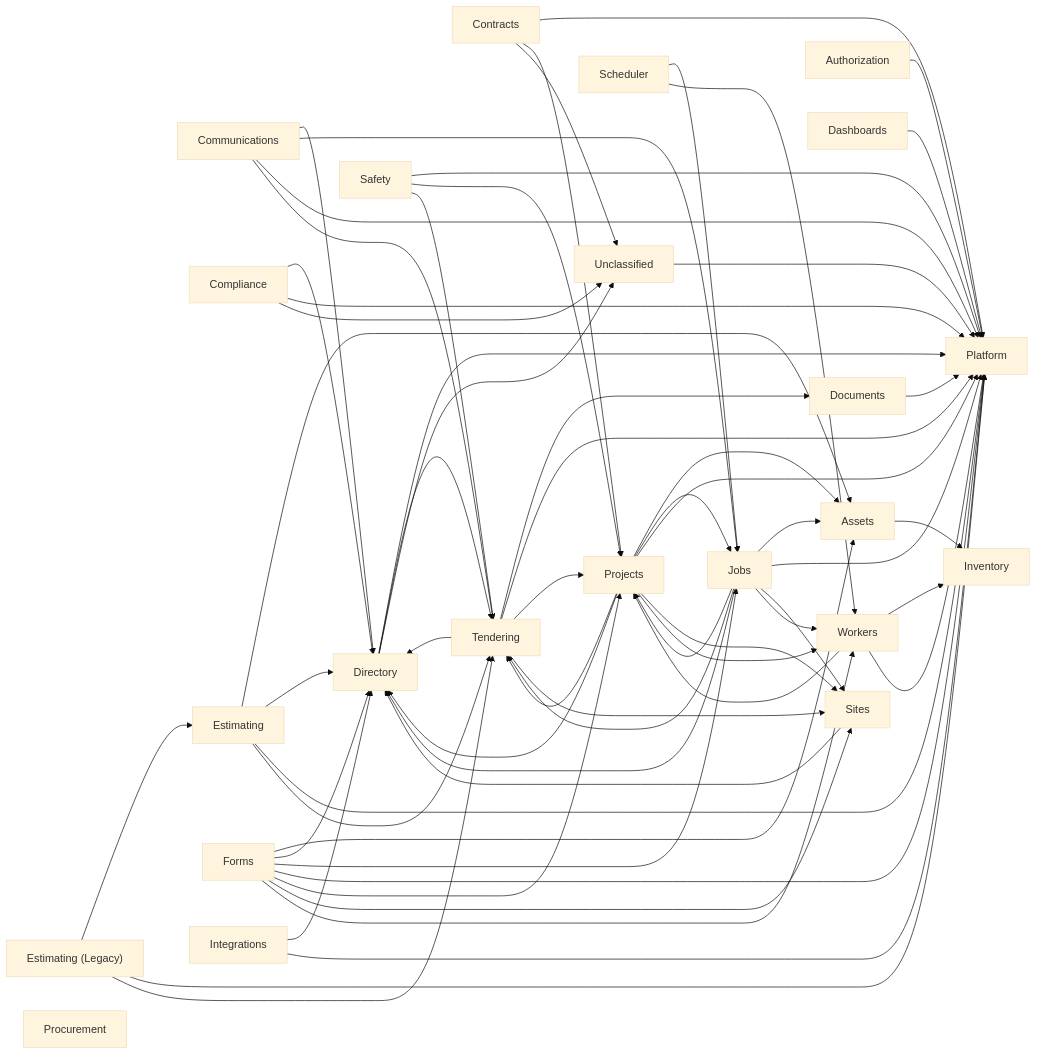
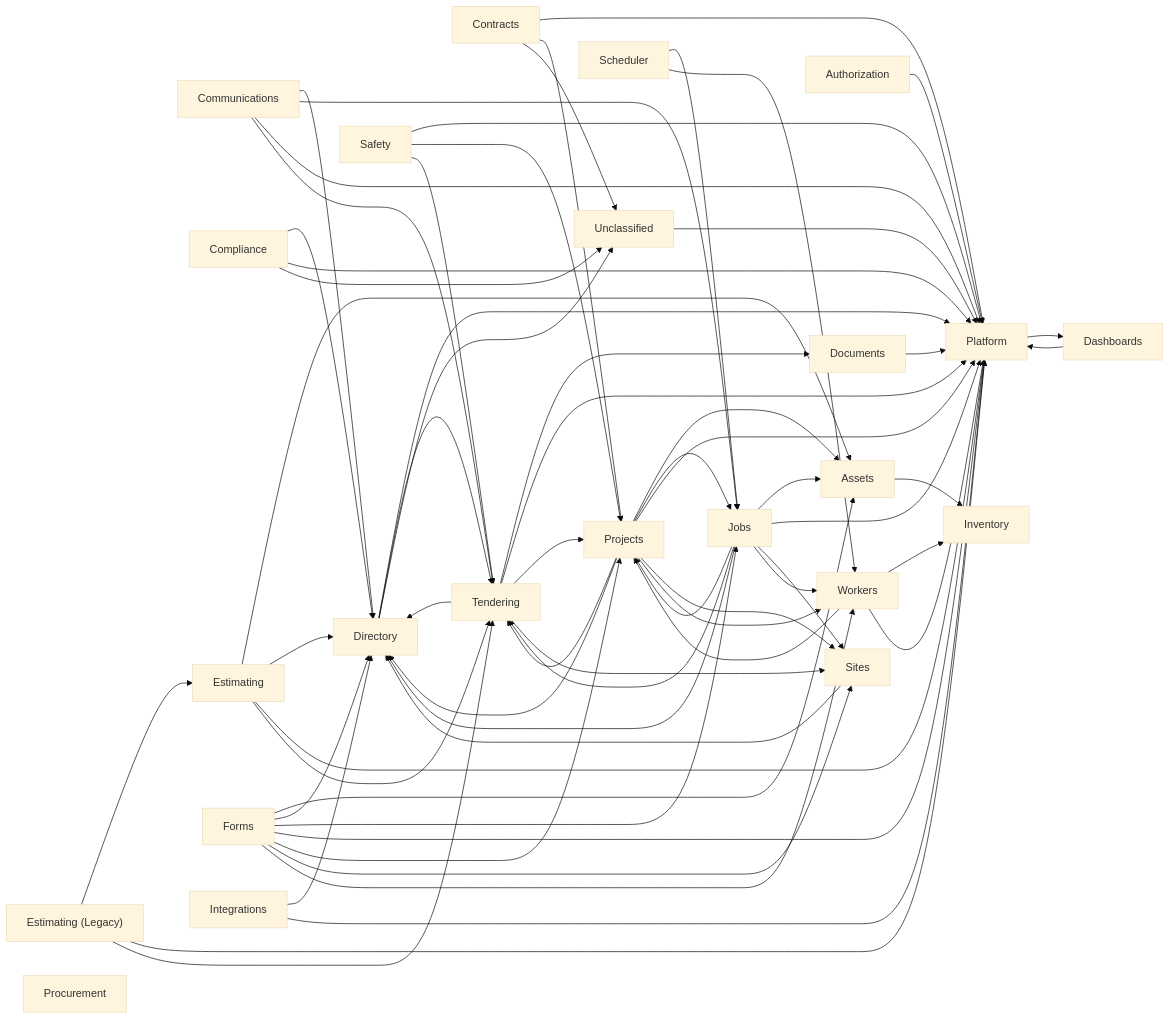
Before and after one commit to GH-Mantova/ProjectOperations: the diagram in docs/data-model/relationship-map.md, drawn with Mermaid (base theme). The commit also changed other lines of this file and 2 other files, not shown here.

```diff
--- a/docs/data-model/relationship-map.md
+++ b/docs/data-model/relationship-map.md
@@ -121,6 +121,7 @@
   jobs --> sites
   jobs --> tendering
   jobs --> workers
+  platform --> dashboards
   projects --> assets
   projects --> directory
   projects --> jobs
```
